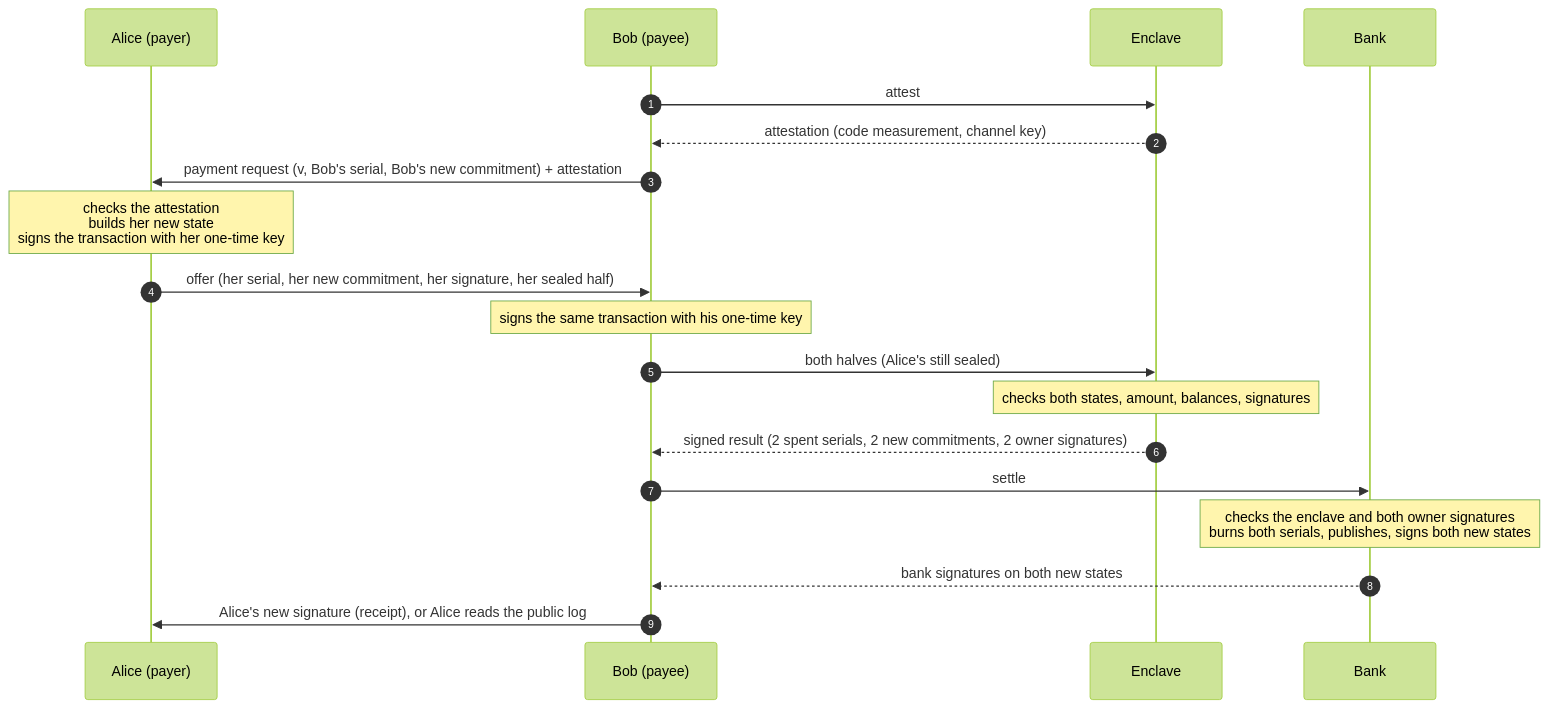
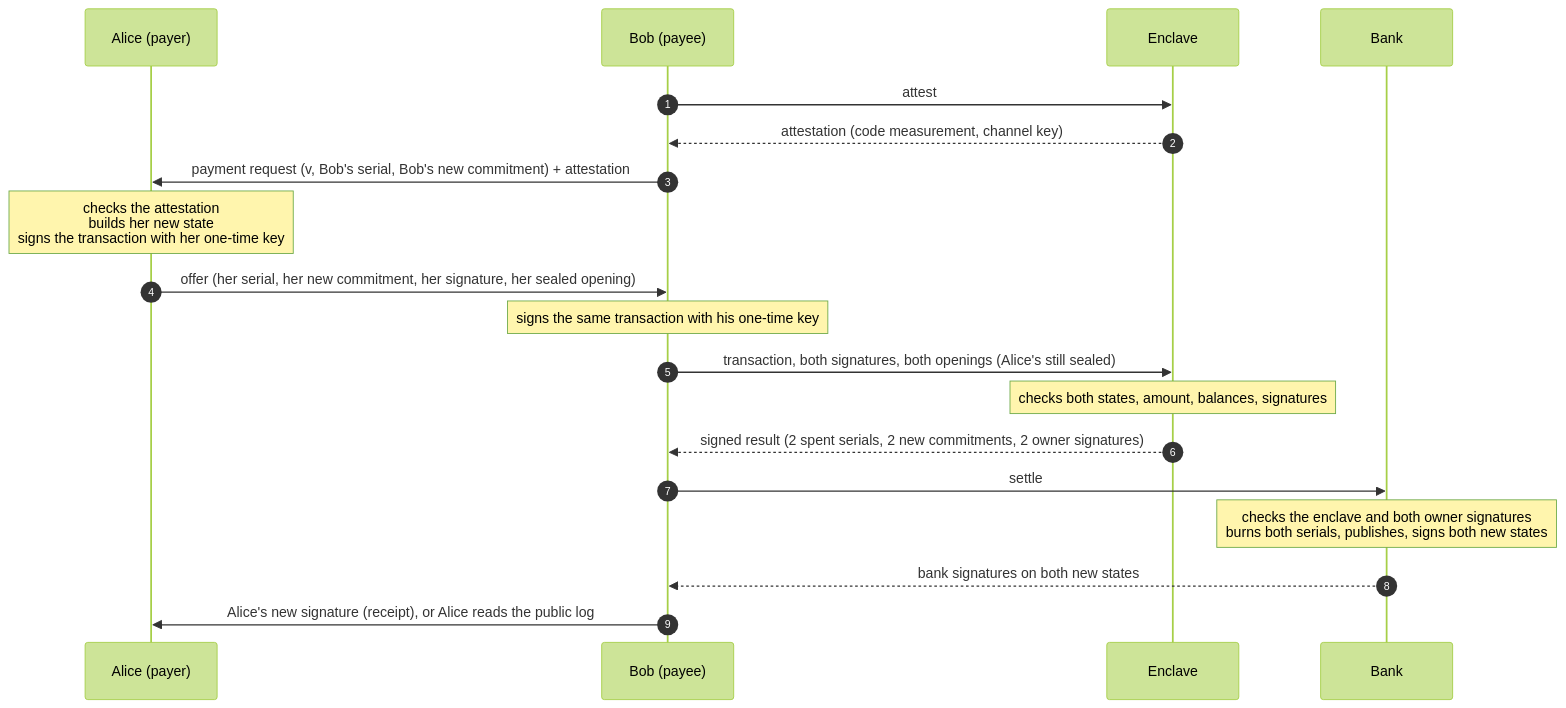
The second of 2 diagrams in round-1/README.md (alexandre-mrt/thesis-tee-private-payments), drawn with Mermaid (forest theme) before and after one commit. The commit also changed other lines of this file and 6 other files, not shown here.

Commit message:
docs(round-1): consistent sealed-opening wording across design and maps

````diff
--- a/round-1/README.md
+++ b/round-1/README.md
@@ -87,21 +87,21 @@
 ```mermaid
 sequenceDiagram
   autonumber
   participant A as Alice (payer)
   participant B as Bob (payee)
   participant E as Enclave
   participant K as Bank
   B->>E: attest
   E-->>B: attestation (code measurement, channel key)
   B->>A: payment request (v, Bob's serial, Bob's new commitment) + attestation
   Note over A: checks the attestation<br/>builds her new state<br/>signs the transaction with her one-time key
-  A->>B: offer (her serial, her new commitment, her signature, her sealed half)
+  A->>B: offer (her serial, her new commitment, her signature, her sealed opening)
   Note over B: signs the same transaction with his one-time key
-  B->>E: both halves (Alice's still sealed)
+  B->>E: transaction, both signatures, both openings (Alice's still sealed)
   Note over E: checks both states, amount, balances, signatures
   E-->>B: signed result (2 spent serials, 2 new commitments, 2 owner signatures)
   B->>K: settle
   Note over K: checks the enclave and both owner signatures<br/>burns both serials, publishes, signs both new states
   K-->>B: bank signatures on both new states
   B->>A: Alice's new signature (receipt), or Alice reads the public log
 ```
````
